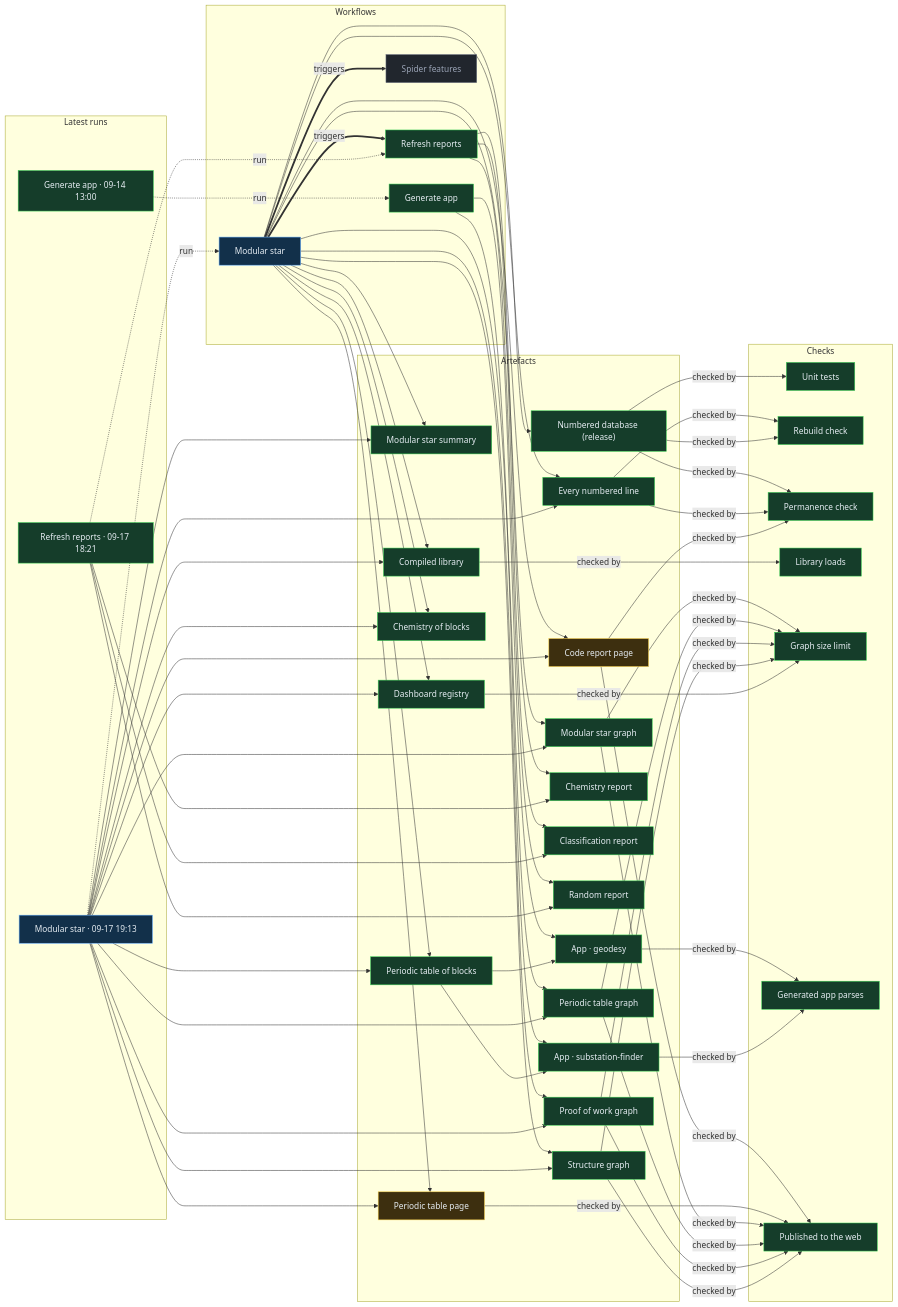
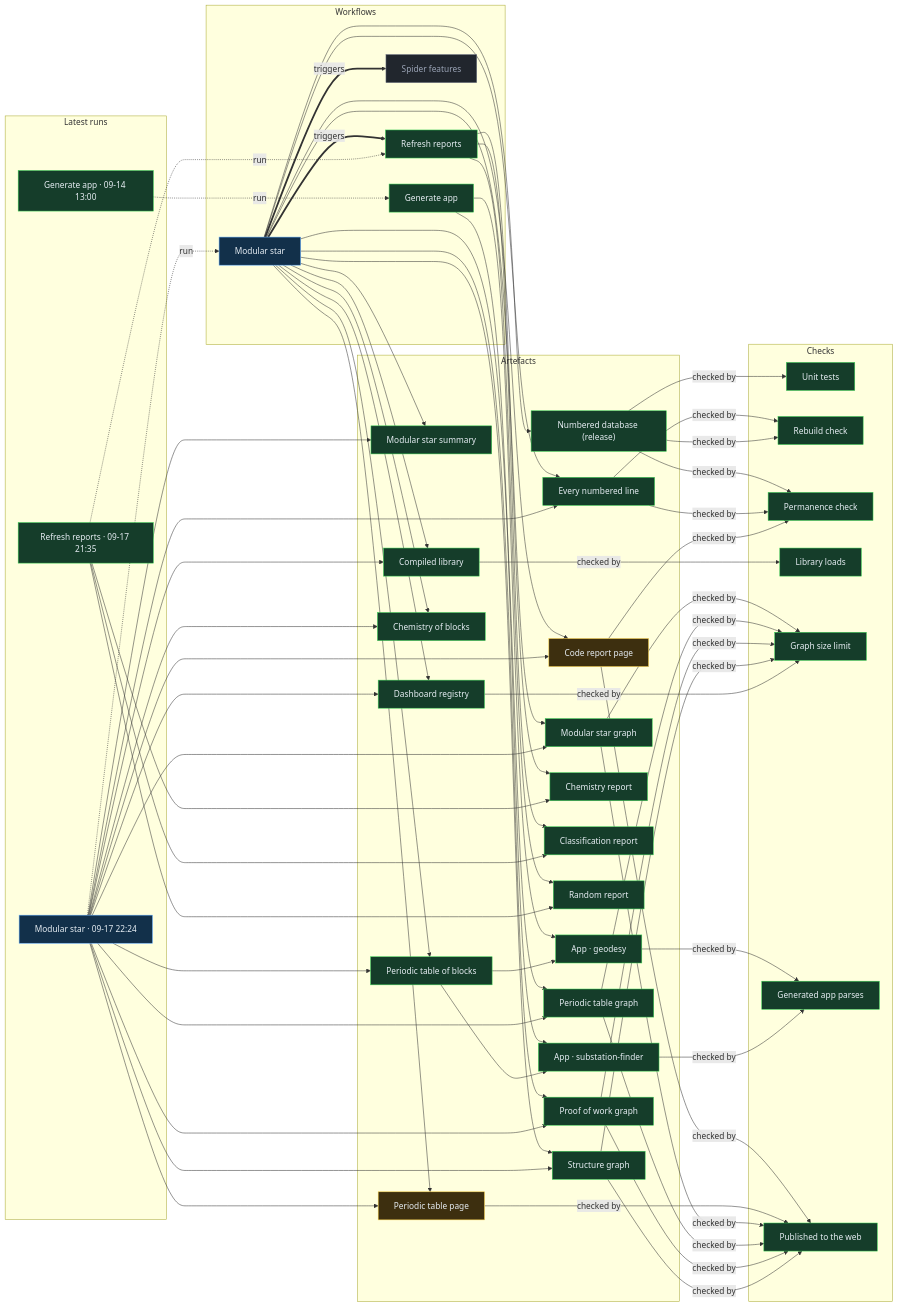
One commit to Ventusltd/stars changed the diagram in proof/PROOF.md. Above: the diagram before and after it, drawn with Mermaid. The commit also changed other lines of this file and 31 other files, not shown here.

Commit message:
Modular star 2026-09-17T22:27Z

```diff
--- a/proof/PROOF.md
+++ b/proof/PROOF.md
@@ -24,8 +24,8 @@
   n_wf_spider_features["Spider features"]:::off
   end
   subgraph g_runs["Latest runs"]
-  n_run_35263631577["Modular star · 09-17 19:13"]:::live
-  n_run_35258351464["Refresh reports · 09-17 18:21"]:::ok
+  n_run_35281863269["Modular star · 09-17 22:24"]:::live
+  n_run_35277533346["Refresh reports · 09-17 21:35"]:::ok
   n_run_34846587798["Generate app · 09-14 13:00"]:::ok
   end
   subgraph g_artefacts["Artefacts"]
@@ -59,39 +59,39 @@
   end
   n_wf_modular_star == triggers ==> n_wf_refresh
   n_wf_modular_star == triggers ==> n_wf_spider_features
-  n_run_35263631577 -. run .-> n_wf_modular_star
-  n_run_35258351464 -. run .-> n_wf_refresh
+  n_run_35281863269 -. run .-> n_wf_modular_star
+  n_run_35277533346 -. run .-> n_wf_refresh
   n_run_34846587798 -. run .-> n_wf_generate
   n_wf_modular_star --> n_art_summary
-  n_run_35263631577 --> n_art_summary
+  n_run_35281863269 --> n_art_summary
   n_wf_modular_star --> n_art_lines
-  n_run_35263631577 --> n_art_lines
+  n_run_35281863269 --> n_art_lines
   n_wf_modular_star --> n_art_code
-  n_run_35263631577 --> n_art_code
+  n_run_35281863269 --> n_art_code
   n_wf_modular_star --> n_art_modular_graph
-  n_run_35263631577 --> n_art_modular_graph
+  n_run_35281863269 --> n_art_modular_graph
   n_wf_modular_star --> n_art_blocks
-  n_run_35263631577 --> n_art_blocks
+  n_run_35281863269 --> n_art_blocks
   n_wf_modular_star --> n_art_table
-  n_run_35263631577 --> n_art_table
+  n_run_35281863269 --> n_art_table
   n_wf_modular_star --> n_art_blocks_graph
-  n_run_35263631577 --> n_art_blocks_graph
+  n_run_35281863269 --> n_art_blocks_graph
   n_wf_modular_star --> n_art_reactions
-  n_run_35263631577 --> n_art_reactions
+  n_run_35281863269 --> n_art_reactions
   n_wf_modular_star --> n_art_library
-  n_run_35263631577 --> n_art_library
+  n_run_35281863269 --> n_art_library
   n_wf_modular_star --> n_art_features
-  n_run_35263631577 --> n_art_features
+  n_run_35281863269 --> n_art_features
   n_wf_modular_star --> n_art_proof
-  n_run_35263631577 --> n_art_proof
+  n_run_35281863269 --> n_art_proof
   n_wf_modular_star --> n_art_structure
-  n_run_35263631577 --> n_art_structure
+  n_run_35281863269 --> n_art_structure
   n_wf_refresh --> n_art_chemistry
-  n_run_35258351464 --> n_art_chemistry
+  n_run_35277533346 --> n_art_chemistry
   n_wf_refresh --> n_art_vedic
-  n_run_35258351464 --> n_art_vedic
+  n_run_35277533346 --> n_art_vedic
   n_wf_refresh --> n_art_random
-  n_run_35258351464 --> n_art_random
+  n_run_35277533346 --> n_art_random
   n_wf_modular_star --> n_art_release
   n_wf_generate --> n_app_geodesy
   n_art_blocks --> n_app_geodesy
```
